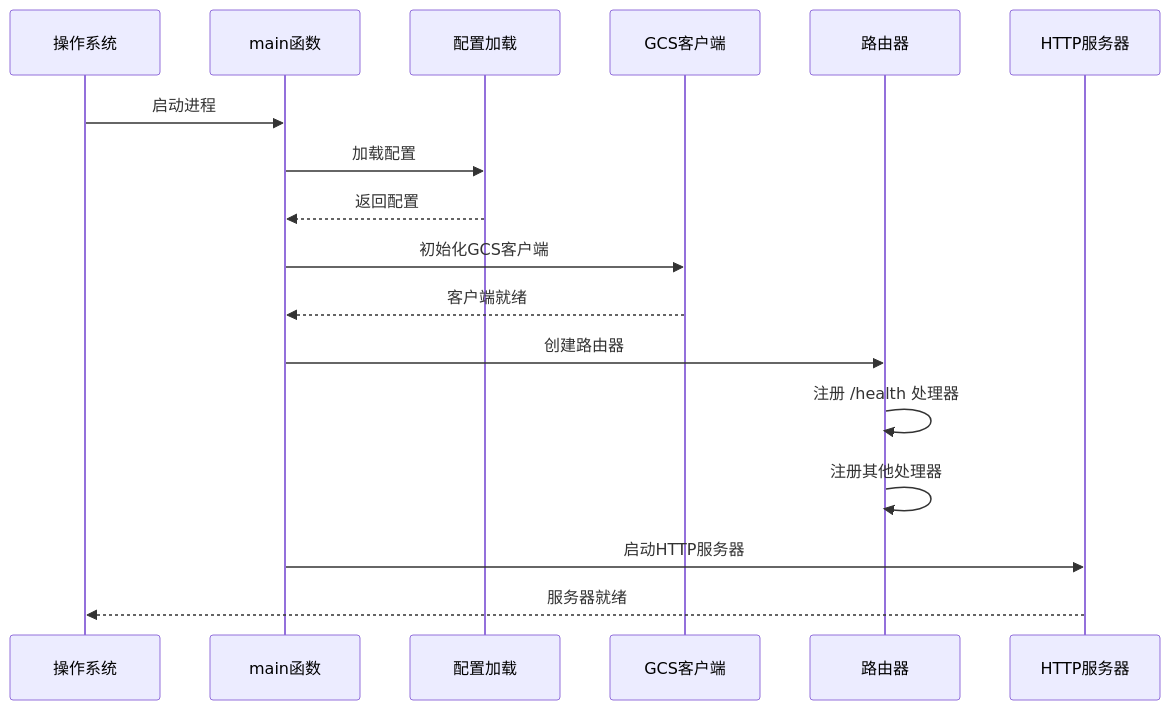
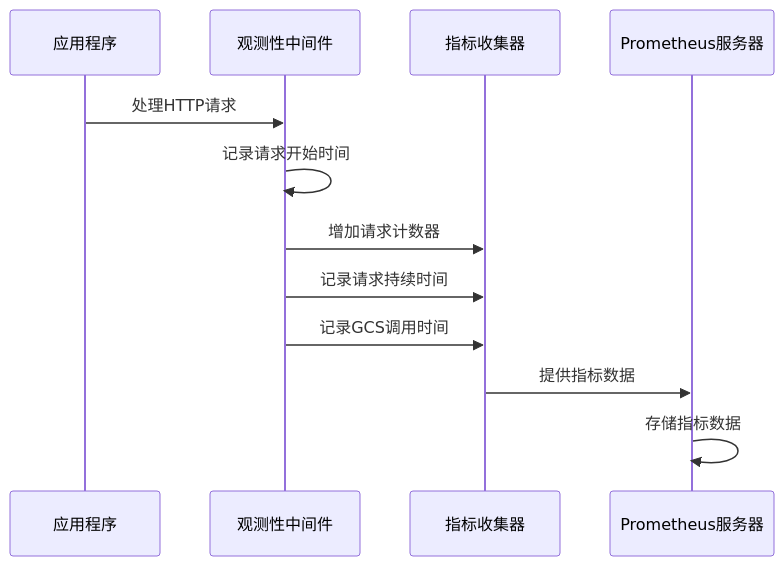
One commit to flying1574/S3Proxy4GCS changed the fifth of 7 diagrams in .qoder/repowiki/zh/content/API参考/健康检查端点.md. Above: the diagram before and after it, drawn with Mermaid. The commit also changed other lines of this file and 5 other files, not shown here.

````diff
--- a/.qoder/repowiki/zh/content/API参考/健康检查端点.md
+++ b/.qoder/repowiki/zh/content/API参考/健康检查端点.md
@@ -190,19 +225,14 @@
 ```mermaid
 sequenceDiagram
-participant OS as 操作系统
-participant Main as main函数
-participant Config as 配置加载
-participant GCS as GCS客户端
-participant Router as 路由器
-participant Server as HTTP服务器
-OS->>Main : 启动进程
-Main->>Config : 加载配置
-Config-->>Main : 返回配置
-Main->>GCS : 初始化GCS客户端
-GCS-->>Main : 客户端就绪
-Main->>Router : 创建路由器
-Router->>Router : 注册 /health 处理器
-Router->>Router : 注册其他处理器
-Main->>Server : 启动HTTP服务器
-Server-->>OS : 服务器就绪
+participant App as 应用程序
+participant Middleware as 观测性中间件
+participant Metrics as 指标收集器
+participant Prometheus as Prometheus服务器
+App->>Middleware : 处理HTTP请求
+Middleware->>Middleware : 记录请求开始时间
+Middleware->>Metrics : 增加请求计数器
+Middleware->>Metrics : 记录请求持续时间
+Middleware->>Metrics : 记录GCS调用时间
+Metrics->>Prometheus : 提供指标数据
+Prometheus->>Prometheus : 存储指标数据
 ```
````
